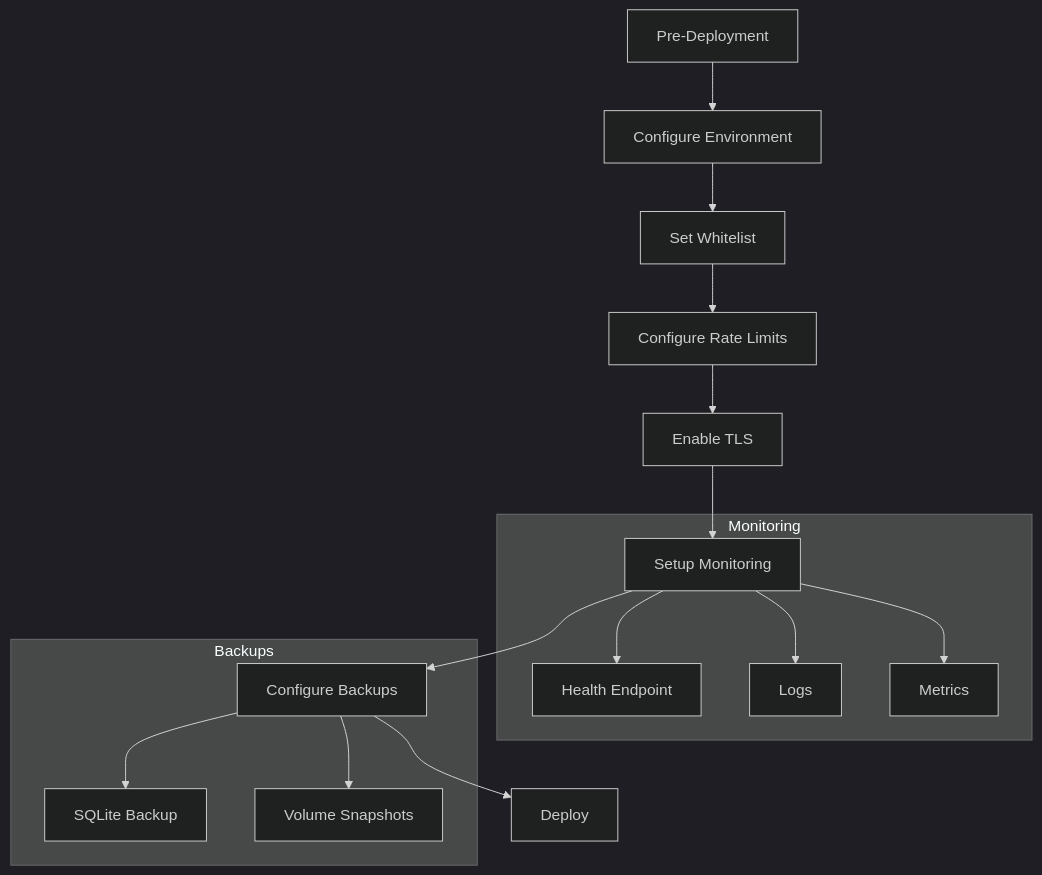
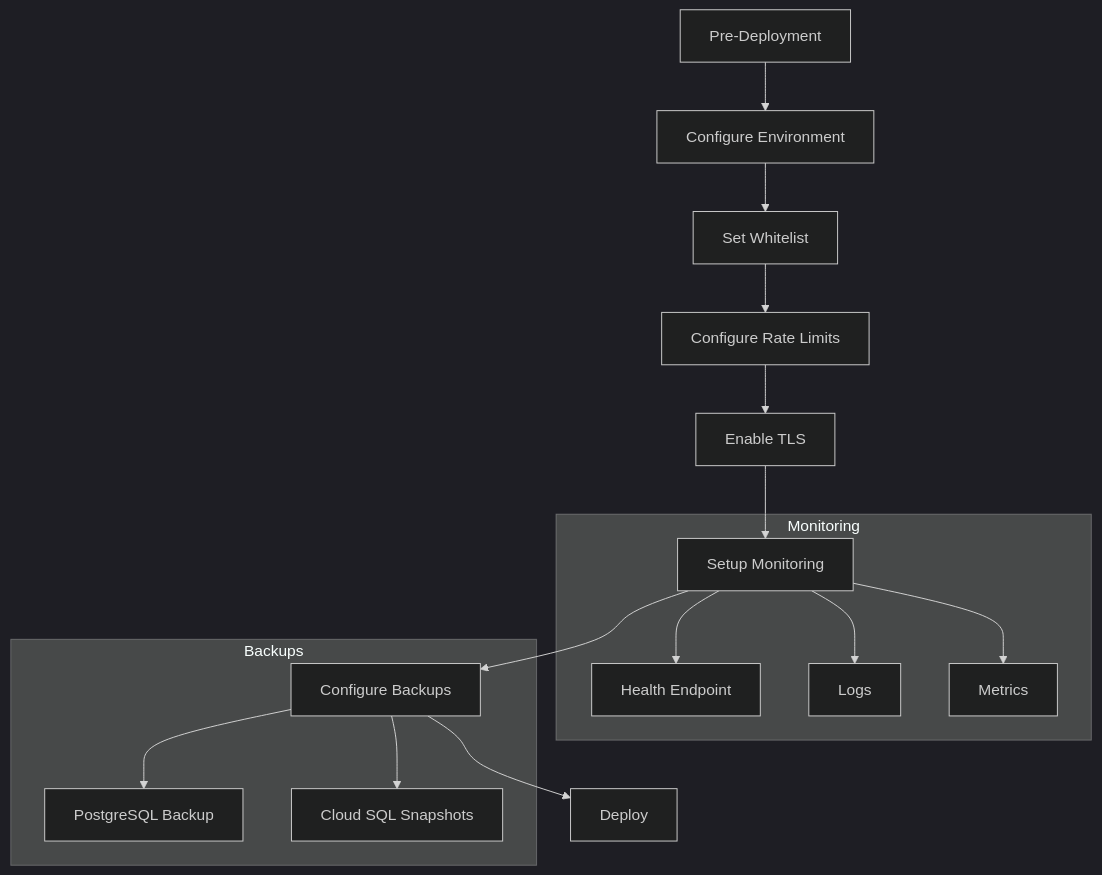
One commit to DreamLab-AI/fairfield changed the second of 3 diagrams in services/nostr-relay/docs/DEPLOYMENT.md. Above: the diagram before and after it, drawn with Mermaid (dark theme). The commit also changed other lines of this file and 39 other files, not shown here.

````diff
--- a/services/nostr-relay/docs/DEPLOYMENT.md
+++ b/services/nostr-relay/docs/DEPLOYMENT.md
@@ -210,21 +264,21 @@
 ```mermaid
 graph TD
     A[Pre-Deployment] --> B[Configure Environment]
     B --> C[Set Whitelist]
     C --> D[Configure Rate Limits]
     D --> E[Enable TLS]
     E --> F[Setup Monitoring]
     F --> G[Configure Backups]
     G --> H[Deploy]
 
     subgraph Monitoring
         F --> M1[Health Endpoint]
         F --> M2[Logs]
         F --> M3[Metrics]
     end
 
     subgraph Backups
-        G --> B1[SQLite Backup]
-        G --> B2[Volume Snapshots]
+        G --> B1[PostgreSQL Backup]
+        G --> B2[Cloud SQL Snapshots]
     end
 ```
````
